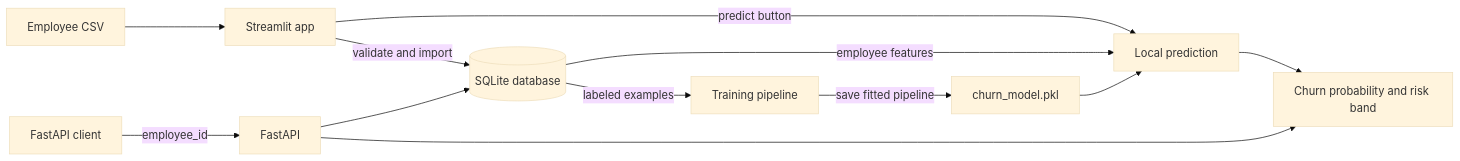
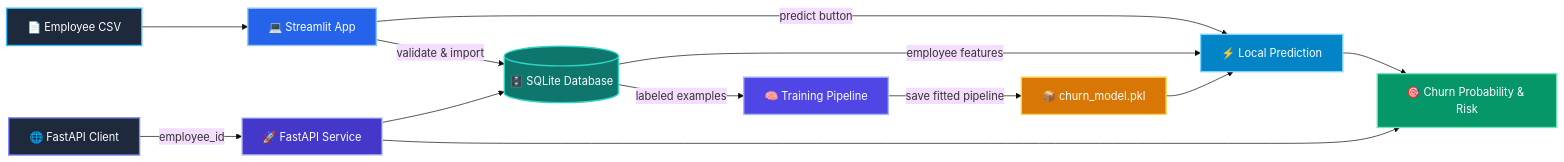
Before and after one commit to Shotza247/Employee_Full-Stack_Churn_ML: the first of 9 diagrams in README.md, drawn with Mermaid (base theme). The commit also changed other lines of this file, not shown here.

Commit message:
docs: improve architecture diagrams, add color styling, local vs cloud table, and collapsible UML docks

````diff
--- a/README.md
+++ b/README.md
@@ -9,14 +9,34 @@
 ```mermaid
 flowchart LR
-    CSV["Employee CSV"] --> UI["Streamlit app"]
-    UI -->|validate and import| DB[("SQLite database")]
-    DB -->|labeled examples| TRAIN["Training pipeline"]
-    TRAIN -->|save fitted pipeline| MODEL["churn_model.pkl"]
-    UI -->|predict button| PREDICT["Local prediction"]
-    API["FastAPI client"] -->|employee_id| SERVICE["FastAPI"]
+    CSV["📄 Employee CSV"] --> UI["💻 Streamlit App"]
+    UI -->|"validate & import"| DB[("🗄️ SQLite Database")]
+    DB -->|"labeled examples"| TRAIN["🧠 Training Pipeline"]
+    TRAIN -->|"save fitted pipeline"| MODEL["📦 churn_model.pkl"]
+    UI -->|"predict button"| PREDICT["⚡ Local Prediction"]
+    API["🌐 FastAPI Client"] -->|"employee_id"| SERVICE["🚀 FastAPI Service"]
     SERVICE --> DB
-    DB -->|employee features| PREDICT
+    DB -->|"employee features"| PREDICT
     MODEL --> PREDICT
-    PREDICT --> RESULT["Churn probability and risk band"]
+    PREDICT --> RESULT["🎯 Churn Probability & Risk"]
     SERVICE --> RESULT
+
+    classDef csvNode fill:#1E293B,stroke:#38BDF8,stroke-width:2px,color:#ffffff;
+    classDef uiNode fill:#2563EB,stroke:#93C5FD,stroke-width:2px,color:#ffffff;
+    classDef dbNode fill:#0F766E,stroke:#2DD4BF,stroke-width:2px,color:#ffffff;
+    classDef trainNode fill:#4F46E5,stroke:#A5B4FC,stroke-width:2px,color:#ffffff;
+    classDef modelNode fill:#D97706,stroke:#FCD34D,stroke-width:2px,color:#ffffff;
+    classDef predictNode fill:#0284C7,stroke:#7DD3FC,stroke-width:2px,color:#ffffff;
+    classDef apiNode fill:#1E293B,stroke:#818CF8,stroke-width:2px,color:#ffffff;
+    classDef serviceNode fill:#4338CA,stroke:#C7D2FE,stroke-width:2px,color:#ffffff;
+    classDef resultNode fill:#059669,stroke:#6EE7B7,stroke-width:2px,color:#ffffff;
+
+    class CSV csvNode;
+    class UI uiNode;
+    class DB dbNode;
+    class TRAIN trainNode;
+    class MODEL modelNode;
+    class PREDICT predictNode;
+    class API apiNode;
+    class SERVICE serviceNode;
+    class RESULT resultNode;
 ```
````
